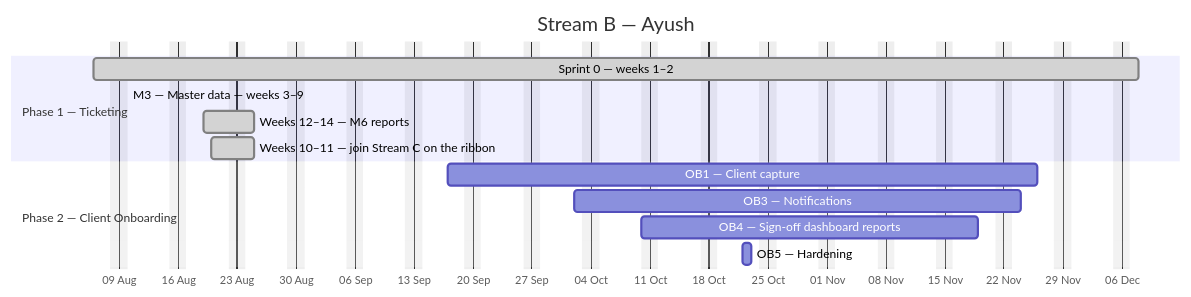
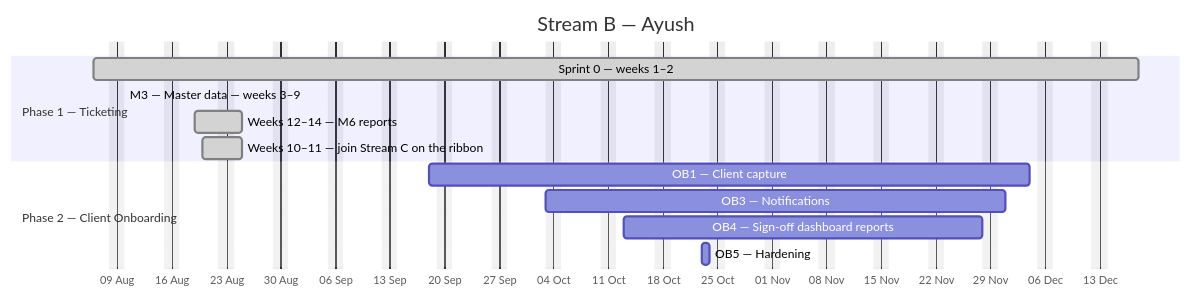
Before and after one commit to debashisedunext/EduTrack: the second of 4 diagrams in docs/plan/GANTT.md, drawn with Mermaid. The commit also changed other lines of this file and 7 other files, not shown here.

````diff
--- a/docs/plan/GANTT.md
+++ b/docs/plan/GANTT.md
@@ -163,17 +166,17 @@
 ```mermaid
 gantt
     dateFormat YYYY-MM-DD
     axisFormat %d %b
     title Stream B — Ayush
     excludes weekends
     section Phase 1 — Ticketing
-    Sprint 0 — weeks 1–2 :done, b0, 2026-08-06, 88d
-    M3 — Master data — weeks 3–9 :done, b1, 2026-08-10, -75d
+    Sprint 0 — weeks 1–2 :done, b0, 2026-08-06, 96d
+    M3 — Master data — weeks 3–9 :done, b1, 2026-08-10, -83d
     Weeks 12–14 — M6 reports :done, b2, 2026-08-19, 4d
     Weeks 10–11 — join Stream C on the ribbon :done, b3, 2026-08-20, 3d
     section Phase 2 — Client Onboarding
-    OB1 — Client capture :b4, 2026-09-17, 50d
-    OB3 — Notifications :b5, 2026-10-02, 37d
-    OB4 — Sign-off  dashboard  reports :b6, 2026-10-10, 29d
-    OB5 — Hardening :b7, 2026-10-22, 1d
+    OB1 — Client capture :b4, 2026-09-18, 55d
+    OB3 — Notifications :b5, 2026-10-03, 42d
+    OB4 — Sign-off  dashboard  reports :b6, 2026-10-13, 34d
+    OB5 — Hardening :b7, 2026-10-23, 1d
 ```
````
